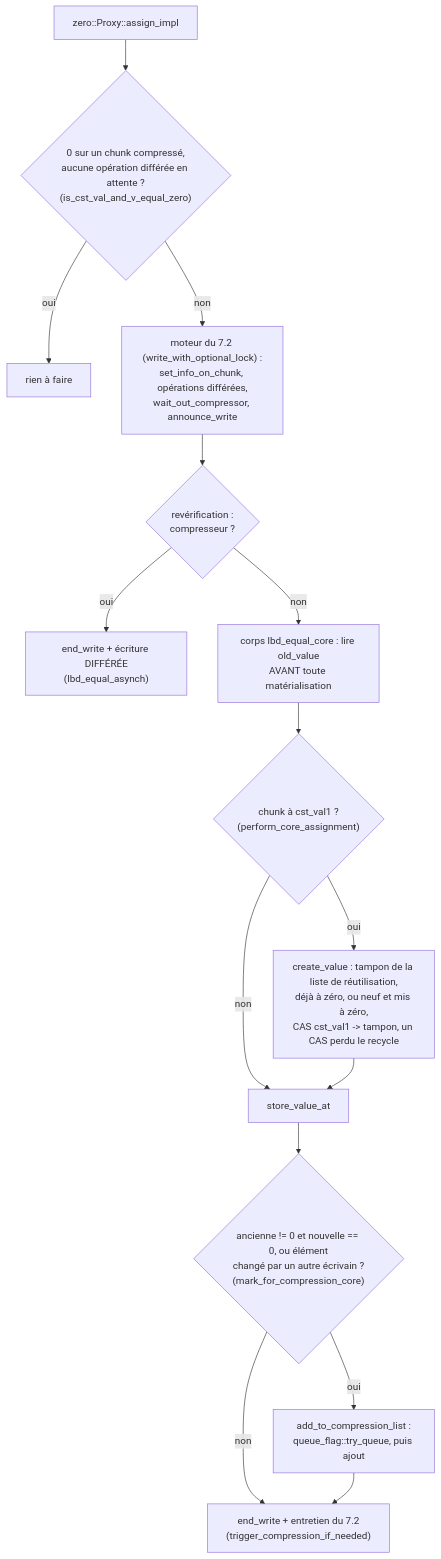
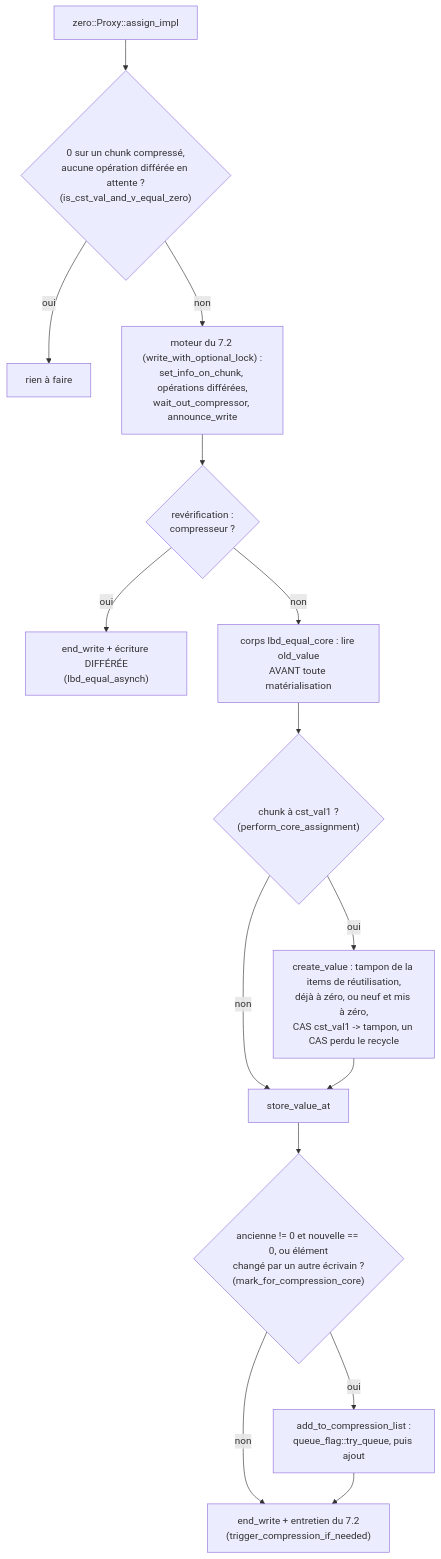
Before and after one commit to cea-hpc/shrink-array: the first of 2 diagrams in docs/algo_zero_fr.md, drawn with Mermaid. The commit also changed other lines of this file and 99 other files, not shown here.

````diff
--- a/docs/algo_zero_fr.md
+++ b/docs/algo_zero_fr.md
@@ -60,17 +60,17 @@
 ```mermaid
 flowchart TD
     A["zero::Proxy::assign_impl"] --> B{"0 sur un chunk compressé,<br/>aucune opération différée en attente ?<br/>(is_cst_val_and_v_equal_zero)"}
     B -->|oui| B1["rien à faire"]
     B -->|non| C["moteur du 7.2 (write_with_optional_lock) :<br/>set_info_on_chunk, opérations différées,<br/>wait_out_compressor, announce_write"]
     C --> D{"revérification :<br/>compresseur ?"}
     D -->|oui| D1["end_write + écriture DIFFÉRÉE<br/>(lbd_equal_asynch)"]
     D -->|non| E["corps lbd_equal_core : lire old_value<br/>AVANT toute matérialisation"]
     E --> F{"chunk à cst_val1 ?<br/>(perform_core_assignment)"}
-    F -->|oui| G["create_value : tampon de la liste de réutilisation,<br/>déjà à zéro, ou neuf et mis à zéro,<br/>CAS cst_val1 -> tampon, un CAS perdu le recycle"]
+    F -->|oui| G["create_value : tampon de la items de réutilisation,<br/>déjà à zéro, ou neuf et mis à zéro,<br/>CAS cst_val1 -> tampon, un CAS perdu le recycle"]
     F -->|non| H
     G --> H["store_value_at"]
     H --> I{"ancienne != 0 et nouvelle == 0, ou élément<br/>changé par un autre écrivain ?<br/>(mark_for_compression_core)"}
     I -->|oui| J["add_to_compression_list :<br/>queue_flag::try_queue, puis ajout"]
     I -->|non| K
     J --> K["end_write + entretien du 7.2<br/>(trigger_compression_if_needed)"]
 ```
````
